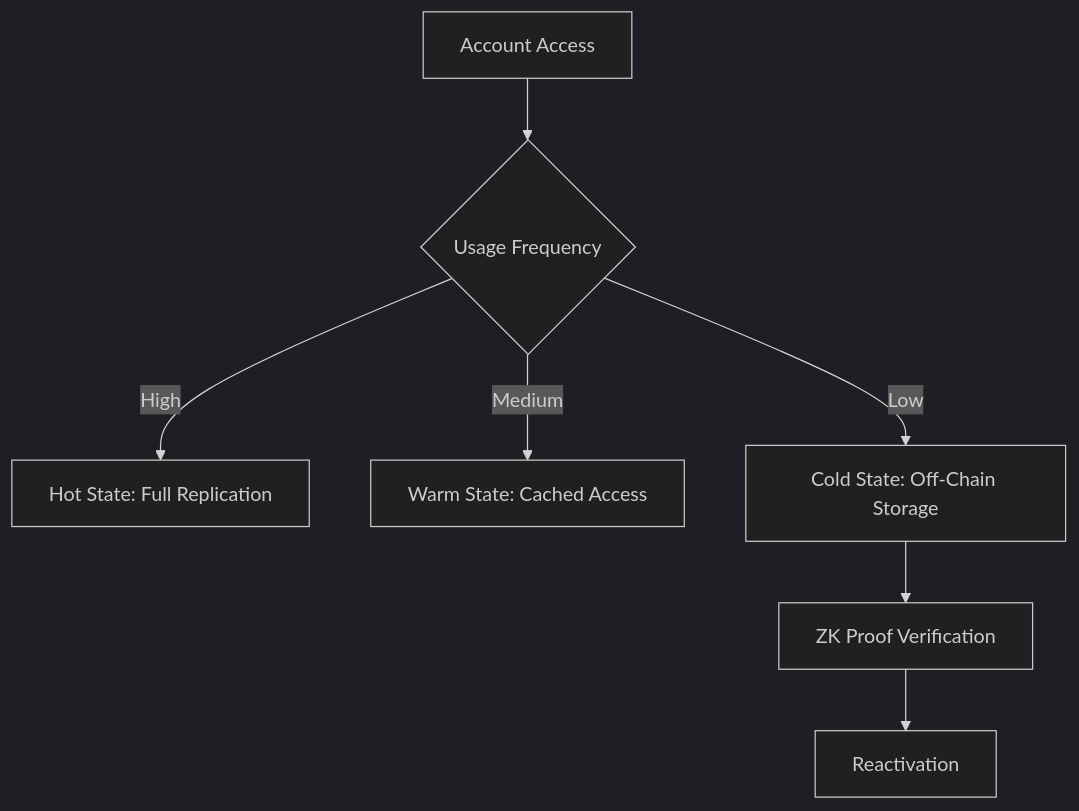
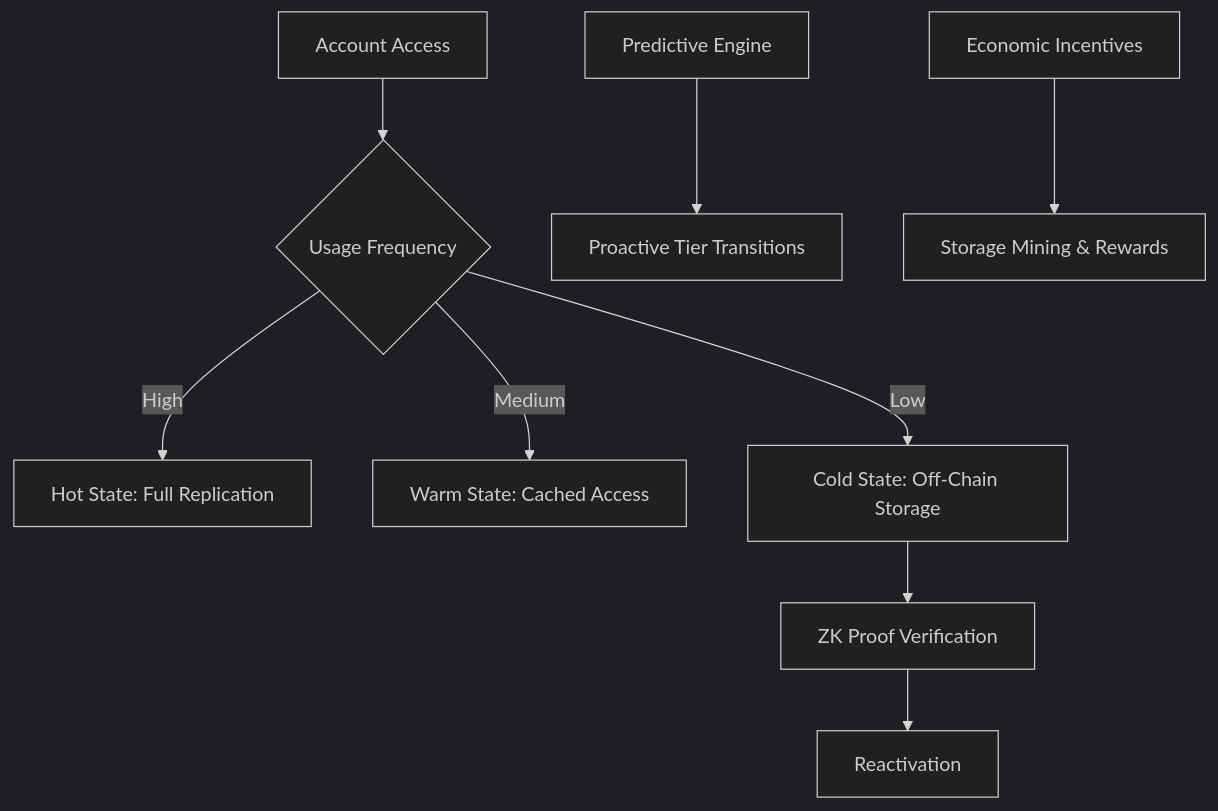
One commit to manolaz/solana-states-bloat changed the first of 2 diagrams in README.md. Above: the diagram before and after it, drawn with Mermaid (dark theme). The commit also changed other lines of this file, not shown here.

````diff
--- a/README.md
+++ b/README.md
@@ -109,9 +259,11 @@
 ```mermaid
 graph TD
     A[Account Access] --> B{Usage Frequency}
     B -->|High| C[Hot State: Full Replication]
     B -->|Medium| D[Warm State: Cached Access]
     B -->|Low| E[Cold State: Off-Chain Storage]
     E --> F[ZK Proof Verification]
     F --> G[Reactivation]
+    H[Predictive Engine] --> I[Proactive Tier Transitions]
+    J[Economic Incentives] --> K[Storage Mining & Rewards]
 ```
````
